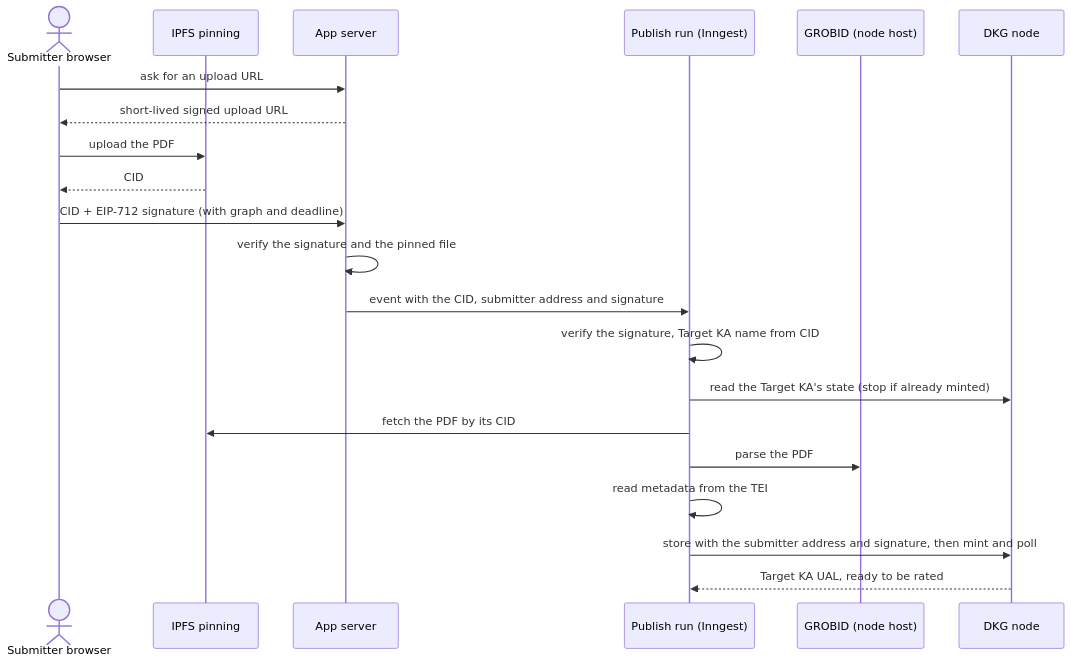
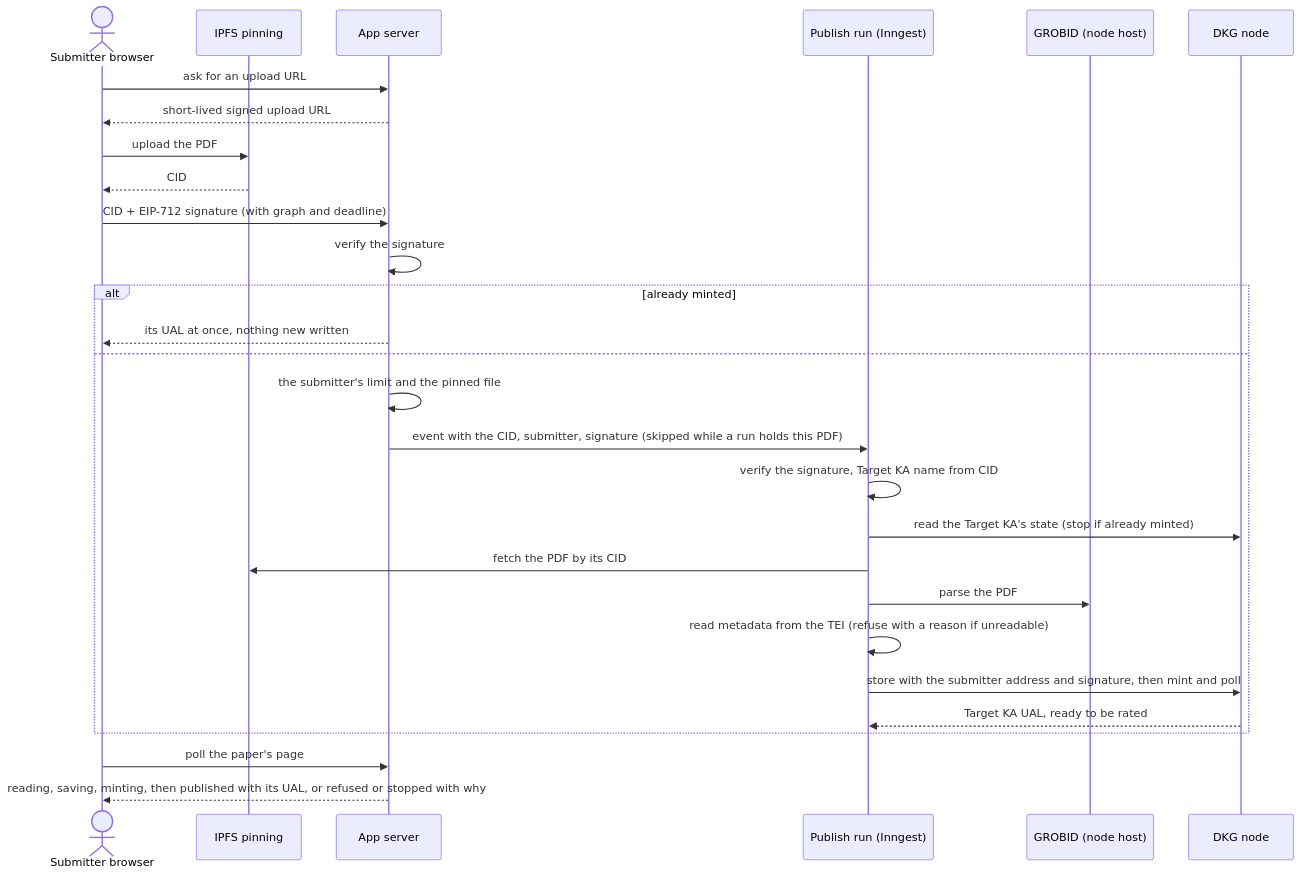
One commit to SiegfriedBz/verisci changed the second of 3 diagrams in README.md. Above: the diagram before and after it, drawn with Mermaid. The commit also changed other lines of this file and 103 other files, not shown here.

First line of the commit message:
feat(web): add the upload page and the site to publish and verify papers (#24)

````diff
--- a/README.md
+++ b/README.md
@@ -96,23 +127,30 @@
 ```mermaid
 sequenceDiagram
   actor U as Submitter browser
   participant P as IPFS pinning
   participant A as App server
   participant R as Publish run (Inngest)
   participant G as GROBID (node host)
   participant N as DKG node
   U->>A: ask for an upload URL
   A-->>U: short-lived signed upload URL
   U->>P: upload the PDF
   P-->>U: CID
   U->>A: CID + EIP-712 signature (with graph and deadline)
-  A->>A: verify the signature and the pinned file
-  A->>R: event with the CID, submitter address and signature
-  R->>R: verify the signature, Target KA name from CID
-  R->>N: read the Target KA's state (stop if already minted)
-  R->>P: fetch the PDF by its CID
-  R->>G: parse the PDF
-  R->>R: read metadata from the TEI
-  R->>N: store with the submitter address and signature, then mint and poll
-  N-->>R: Target KA UAL, ready to be rated
+  A->>A: verify the signature
+  alt already minted
+    A-->>U: its UAL at once, nothing new written
+  else
+    A->>A: the submitter's limit and the pinned file
+    A->>R: event with the CID, submitter, signature (skipped while a run holds this PDF)
+    R->>R: verify the signature, Target KA name from CID
+    R->>N: read the Target KA's state (stop if already minted)
+    R->>P: fetch the PDF by its CID
+    R->>G: parse the PDF
+    R->>R: read metadata from the TEI (refuse with a reason if unreadable)
+    R->>N: store with the submitter address and signature, then mint and poll
+    N-->>R: Target KA UAL, ready to be rated
+  end
+  U->>A: poll the paper's page
+  A-->>U: reading, saving, minting, then published with its UAL, or refused or stopped with why
 ```
````
